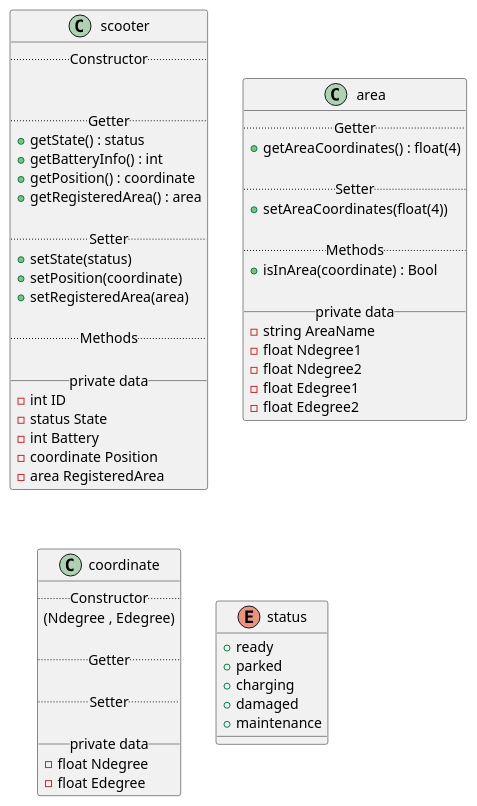
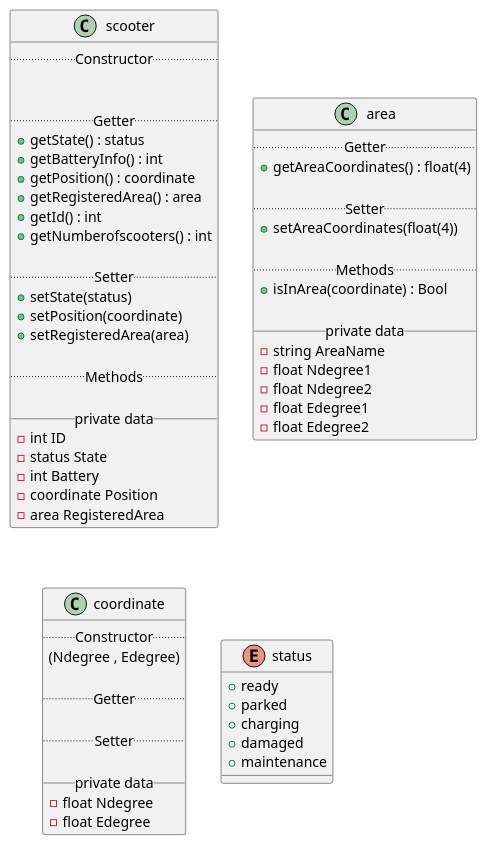
The diagram in umldiagram.iuml (fh-erfurt/Scooter-MS), drawn with PlantUML before and after one commit. The commit also changed 3 other files, not shown here.

Commit message:
updated UML , Scooter and Main

```diff
--- a/umldiagram.iuml
+++ b/umldiagram.iuml
@@ -1,83 +1,85 @@
 @startuml
 
 
 
 
 
 skinparam componentStyle uml2
 
 
 
 class scooter {
   .. Constructor ..
 
 
   .. Getter ..
   + getState() : status
   + getBatteryInfo() : int
   + getPosition() : coordinate
-  +getRegisteredArea() : area
+  + getRegisteredArea() : area
+  + getId() : int
+  + getNumberofscooters() : int
 
   .. Setter ..
   + setState(status)
   + setPosition(coordinate)
   +setRegisteredArea(area)
 
   .. Methods ..
 
   __ private data __
   -int ID
   -status State
   -int Battery
   -coordinate Position
   -area RegisteredArea
 }
 
 class area {
   .. Getter ..
   +getAreaCoordinates() : float(4)
 
   .. Setter ..
   +setAreaCoordinates(float(4))
 
   .. Methods ..
   +isInArea(coordinate) : Bool
 
   __ private data __
   -string AreaName
   -float Ndegree1
   -float Ndegree2
   -float Edegree1
   -float Edegree2
 }
 
 
 
 class coordinate {
   .. Constructor ..
   (Ndegree , Edegree)
 
   .. Getter ..
 
   .. Setter ..
 
   __ private data __
   -float Ndegree
   -float Edegree
 }
 
 
 
 enum status {
   + ready
   + parked
   + charging
   + damaged
   + maintenance
 }
 
 
 
 
 
 @enduml
```
